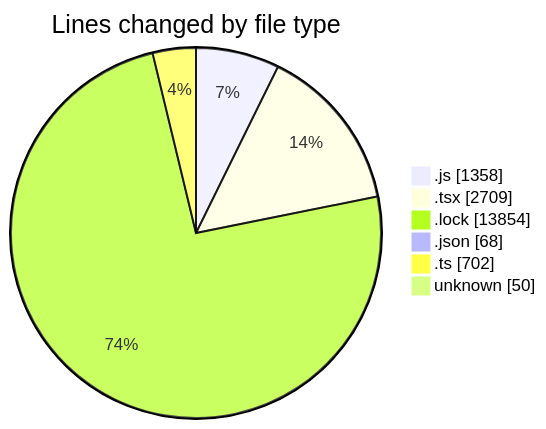
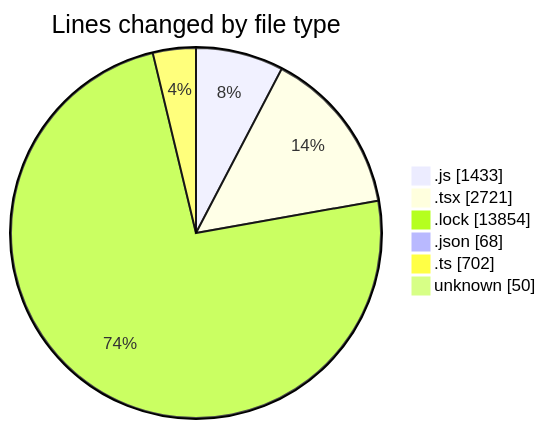
Before and after one commit to momahboobian/code-tracking: the first of 2 diagrams in 2026-06-16/cda/README.md, drawn with Mermaid. The commit also changed other lines of this file and 1 other file, not shown here.

````diff
--- a/2026-06-16/cda/README.md
+++ b/2026-06-16/cda/README.md
@@ -42,10 +42,10 @@
 ```mermaid
 pie showData
 title Lines changed by file type
-".js" : 1358
-".tsx" : 2709
+".js" : 1433
+".tsx" : 2721
 ".lock" : 13854
 ".json" : 68
 ".ts" : 702
 "unknown" : 50
 ```
````
